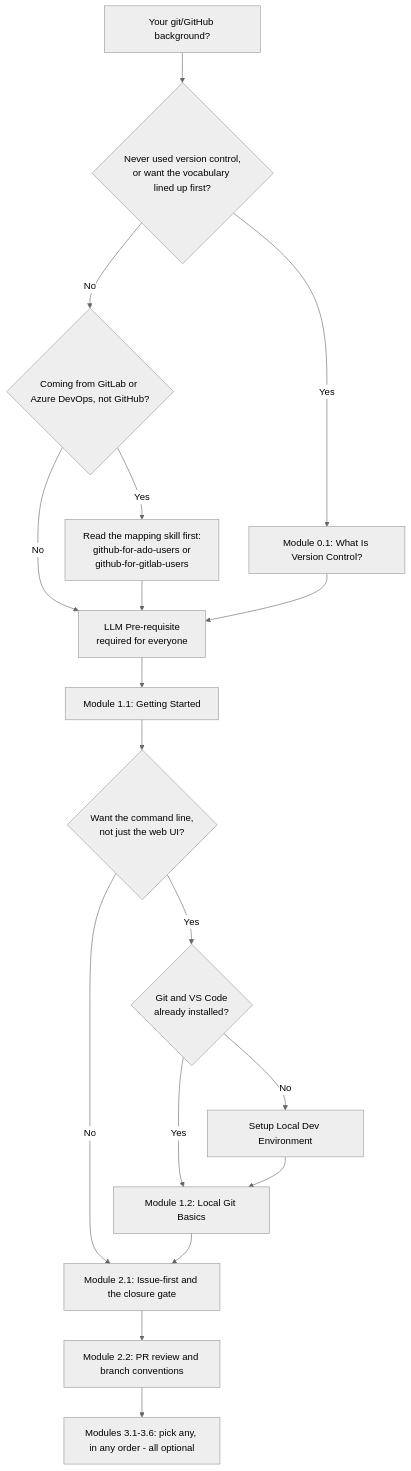
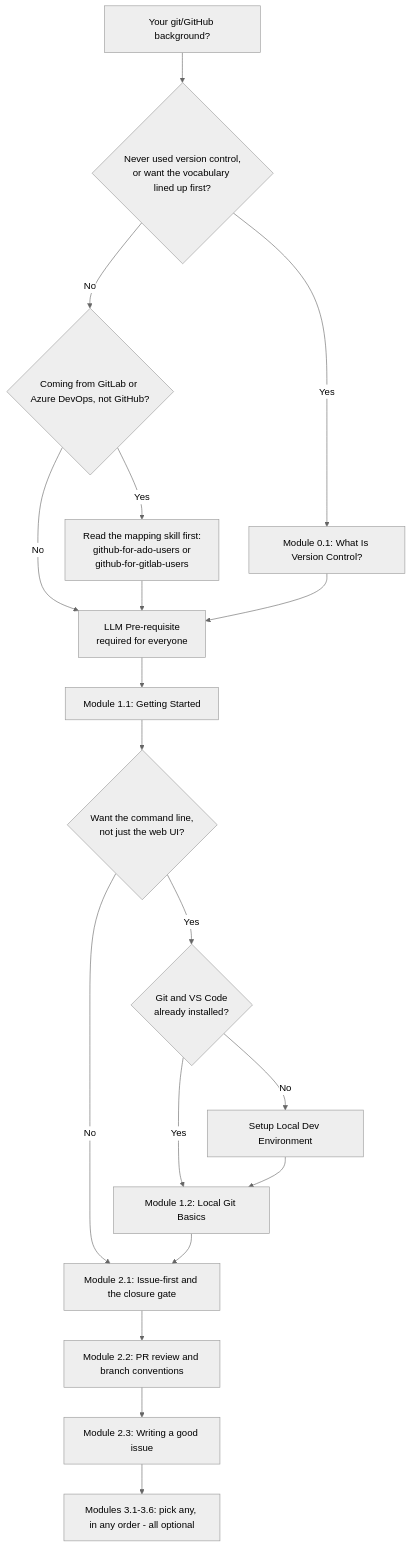
Before and after one commit to JeanKadang/DOC-GitHub-Practice-Skills: the first of 2 diagrams in education/README.md, drawn with Mermaid (neutral theme). The commit also changed other lines of this file and 3 other files, not shown here.

First line of the commit message:
docs: add Module 2.3, writing a good issue

````diff
--- a/education/README.md
+++ b/education/README.md
@@ -34,20 +34,21 @@
 ```mermaid
 flowchart TD
     Start[Your git/GitHub background?] --> Q1{Never used version control,<br/>or want the vocabulary lined up first?}
     Q1 -- Yes --> S0[Module 0.1: What Is Version Control?]
     Q1 -- No --> Q2{Coming from GitLab or Azure DevOps, not GitHub?}
     Q2 -- Yes --> Pre[Read the mapping skill first:<br/>github-for-ado-users or<br/>github-for-gitlab-users]
     Q2 -- No --> LLM0[LLM Pre-requisite<br/>required for everyone]
     Pre --> LLM0
     S0 --> LLM0
     LLM0 --> S1[Module 1.1: Getting Started]
     S1 --> Q3{Want the command line,<br/>not just the web UI?}
     Q3 -- Yes --> Q4{Git and VS Code<br/>already installed?}
     Q3 -- No --> M2a[Module 2.1: Issue-first and the closure gate]
     Q4 -- No --> Extra[Setup Local Dev Environment]
     Q4 -- Yes --> S2[Module 1.2: Local Git Basics]
     Extra --> S2
     S2 --> M2a
     M2a --> M2b[Module 2.2: PR review and branch conventions]
-    M2b --> M3[Modules 3.1-3.6: pick any, in any order - all optional]
+    M2b --> M2c[Module 2.3: Writing a good issue]
+    M2c --> M3[Modules 3.1-3.6: pick any, in any order - all optional]
 ```
````
